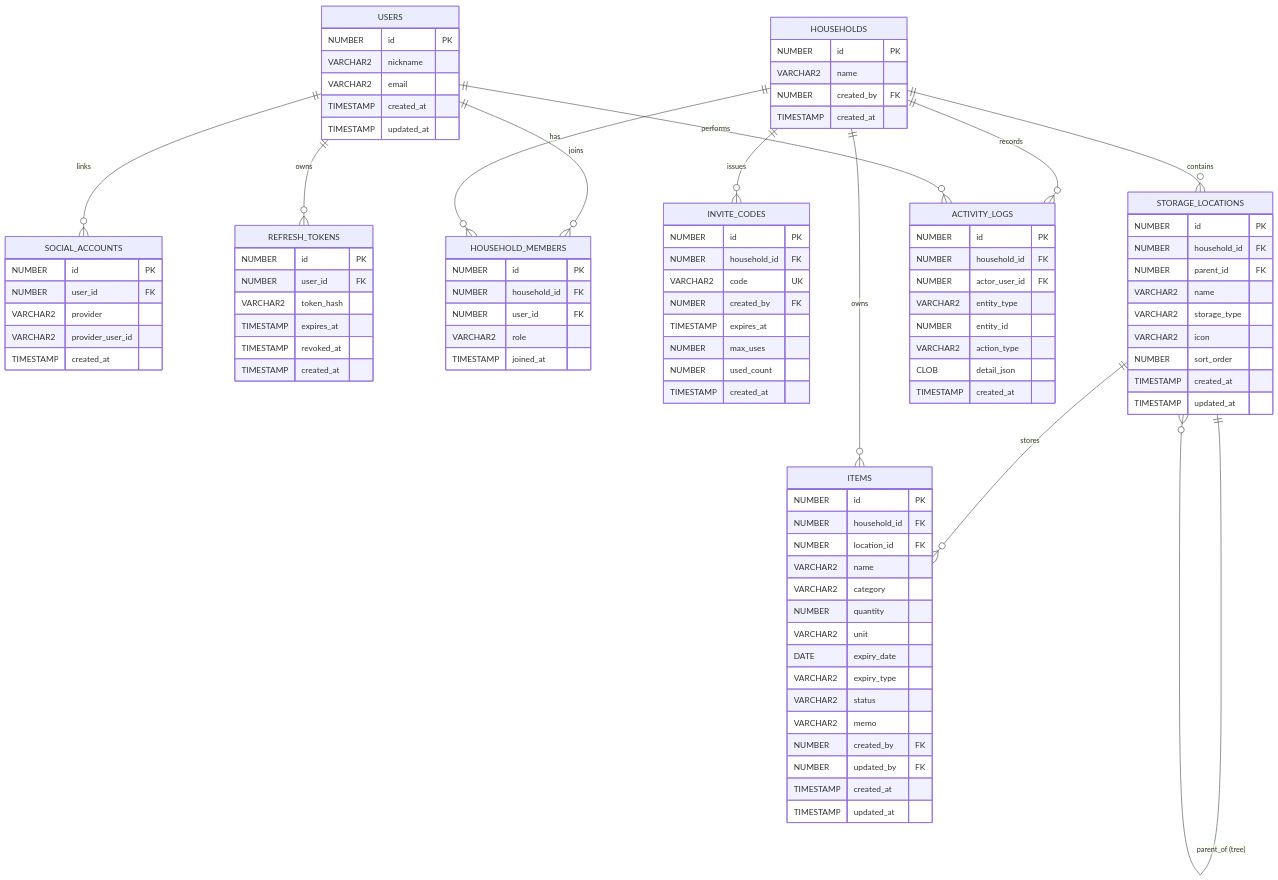
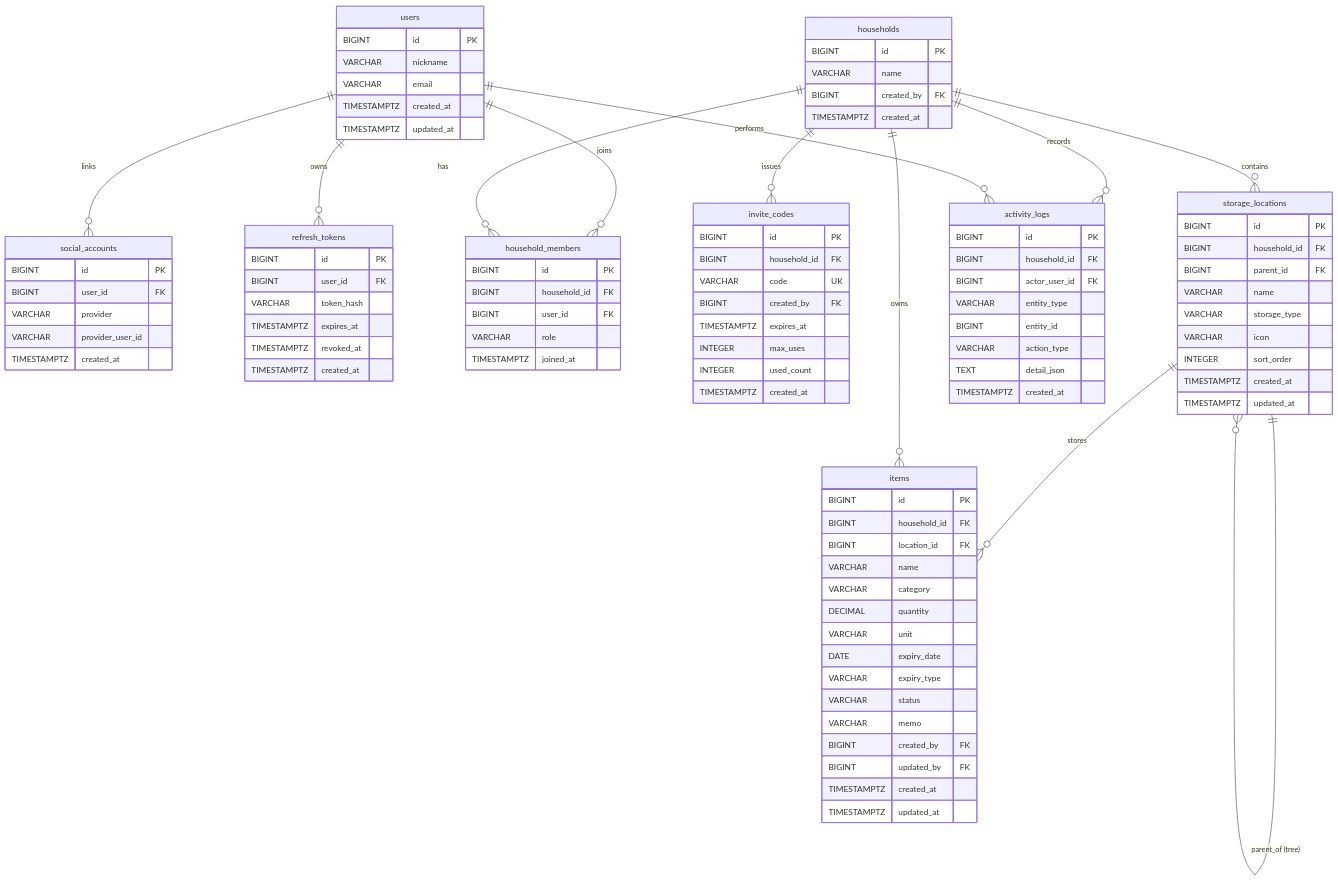
Before and after one commit to mjcode1588/refrigerator_manger: the diagram in docs/02-architecture/03-database-erd.md, drawn with Mermaid. The commit also changed other lines of this file and 7 other files, not shown here.

````diff
--- a/docs/02-architecture/03-database-erd.md
+++ b/docs/02-architecture/03-database-erd.md
@@ -11,106 +21,106 @@
 ```mermaid
 erDiagram
-    USERS ||--o{ SOCIAL_ACCOUNTS : "links"
-    USERS ||--o{ REFRESH_TOKENS : "owns"
-    USERS ||--o{ HOUSEHOLD_MEMBERS : "joins"
-    HOUSEHOLDS ||--o{ HOUSEHOLD_MEMBERS : "has"
-    HOUSEHOLDS ||--o{ INVITE_CODES : "issues"
-    HOUSEHOLDS ||--o{ STORAGE_LOCATIONS : "contains"
-    STORAGE_LOCATIONS ||--o{ STORAGE_LOCATIONS : "parent_of (tree)"
-    STORAGE_LOCATIONS ||--o{ ITEMS : "stores"
-    HOUSEHOLDS ||--o{ ITEMS : "owns"
-    HOUSEHOLDS ||--o{ ACTIVITY_LOGS : "records"
-    USERS ||--o{ ACTIVITY_LOGS : "performs"
+    users ||--o{ social_accounts : "links"
+    users ||--o{ refresh_tokens : "owns"
+    users ||--o{ household_members : "joins"
+    households ||--o{ household_members : "has"
+    households ||--o{ invite_codes : "issues"
+    households ||--o{ storage_locations : "contains"
+    storage_locations ||--o{ storage_locations : "parent_of (tree)"
+    storage_locations ||--o{ items : "stores"
+    households ||--o{ items : "owns"
+    households ||--o{ activity_logs : "records"
+    users ||--o{ activity_logs : "performs"
 
-    USERS {
-        NUMBER id PK
-        VARCHAR2 nickname
-        VARCHAR2 email
-        TIMESTAMP created_at
-        TIMESTAMP updated_at
+    users {
+        BIGINT id PK
+        VARCHAR nickname
+        VARCHAR email
+        TIMESTAMPTZ created_at
+        TIMESTAMPTZ updated_at
     }
 
-    SOCIAL_ACCOUNTS {
-        NUMBER id PK
-        NUMBER user_id FK
-        VARCHAR2 provider
-        VARCHAR2 provider_user_id
-        TIMESTAMP created_at
+    social_accounts {
+        BIGINT id PK
+        BIGINT user_id FK
+        VARCHAR provider
+        VARCHAR provider_user_id
+        TIMESTAMPTZ created_at
     }
 
-    REFRESH_TOKENS {
-        NUMBER id PK
-        NUMBER user_id FK
-        VARCHAR2 token_hash
-        TIMESTAMP expires_at
-        TIMESTAMP revoked_at
-        TIMESTAMP created_at
+    refresh_tokens {
+        BIGINT id PK
+        BIGINT user_id FK
+        VARCHAR token_hash
+        TIMESTAMPTZ expires_at
+        TIMESTAMPTZ revoked_at
+        TIMESTAMPTZ created_at
     }
 
-    HOUSEHOLDS {
-        NUMBER id PK
-        VARCHAR2 name
-        NUMBER created_by FK
-        TIMESTAMP created_at
+    households {
+        BIGINT id PK
+        VARCHAR name
+        BIGINT created_by FK
+        TIMESTAMPTZ created_at
     }
 
-    HOUSEHOLD_MEMBERS {
-        NUMBER id PK
-        NUMBER household_id FK
-        NUMBER user_id FK
-        VARCHAR2 role
-        TIMESTAMP joined_at
+    household_members {
+        BIGINT id PK
+        BIGINT household_id FK
+        BIGINT user_id FK
+        VARCHAR role
+        TIMESTAMPTZ joined_at
     }
 
-    INVITE_CODES {
-        NUMBER id PK
-        NUMBER household_id FK
-        VARCHAR2 code UK
-        NUMBER created_by FK
-        TIMESTAMP expires_at
-        NUMBER max_uses
-        NUMBER used_count
-        TIMESTAMP created_at
+    invite_codes {
+        BIGINT id PK
+        BIGINT household_id FK
+        VARCHAR code UK
+        BIGINT created_by FK
+        TIMESTAMPTZ expires_at
+        INTEGER max_uses
+        INTEGER used_count
+        TIMESTAMPTZ created_at
     }
 
-    STORAGE_LOCATIONS {
-        NUMBER id PK
-        NUMBER household_id FK
-        NUMBER parent_id FK
-        VARCHAR2 name
-        VARCHAR2 storage_type
-        VARCHAR2 icon
-        NUMBER sort_order
-        TIMESTAMP created_at
-        TIMESTAMP updated_at
+    storage_locations {
+        BIGINT id PK
+        BIGINT household_id FK
+        BIGINT parent_id FK
+        VARCHAR name
+        VARCHAR storage_type
+        VARCHAR icon
+        INTEGER sort_order
+        TIMESTAMPTZ created_at
+        TIMESTAMPTZ updated_at
     }
 
-    ITEMS {
-        NUMBER id PK
-        NUMBER household_id FK
-        NUMBER location_id FK
-        VARCHAR2 name
-        VARCHAR2 category
-        NUMBER quantity
-        VARCHAR2 unit
+    items {
+        BIGINT id PK
+        BIGINT household_id FK
+        BIGINT location_id FK
+        VARCHAR name
+        VARCHAR category
+        DECIMAL quantity
+        VARCHAR unit
         DATE expiry_date
-        VARCHAR2 expiry_type
-        VARCHAR2 status
-        VARCHAR2 memo
-        NUMBER created_by FK
-        NUMBER updated_by FK
-        TIMESTAMP created_at
-        TIMESTAMP updated_at
+        VARCHAR expiry_type
+        VARCHAR status
+        VARCHAR memo
+        BIGINT created_by FK
+        BIGINT updated_by FK
+        TIMESTAMPTZ created_at
+        TIMESTAMPTZ updated_at
     }
 
-    ACTIVITY_LOGS {
-        NUMBER id PK
-        NUMBER household_id FK
-        NUMBER actor_user_id FK
-        VARCHAR2 entity_type
-        NUMBER entity_id
-        VARCHAR2 action_type
-        CLOB detail_json
-        TIMESTAMP created_at
+    activity_logs {
+        BIGINT id PK
+        BIGINT household_id FK
+        BIGINT actor_user_id FK
+        VARCHAR entity_type
+        BIGINT entity_id
+        VARCHAR action_type
+        TEXT detail_json
+        TIMESTAMPTZ created_at
     }
 ```
````
